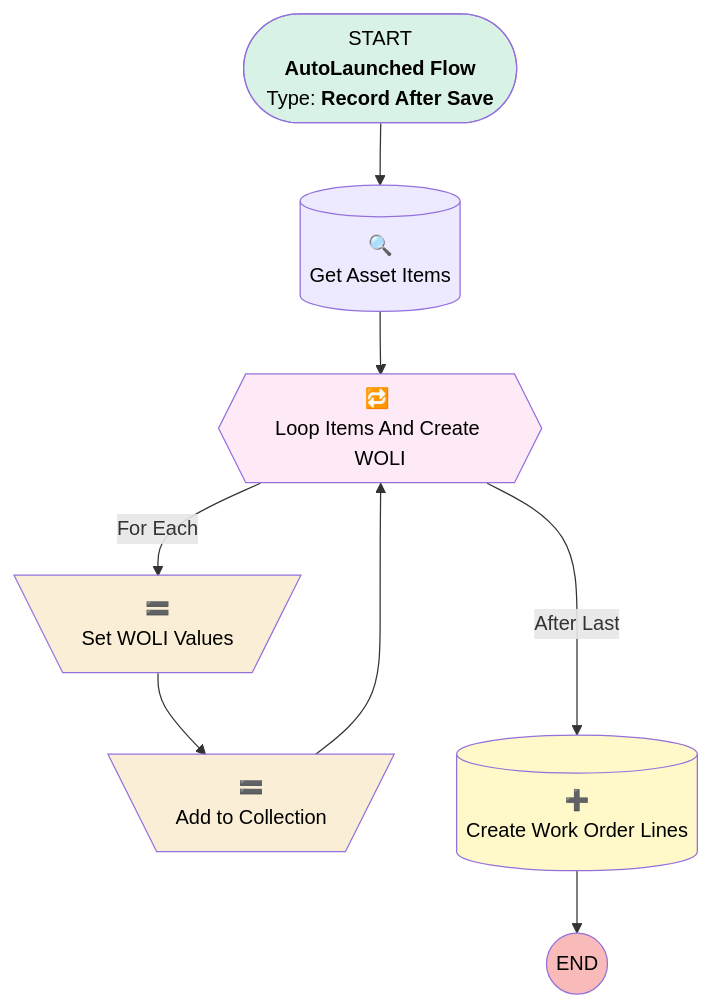
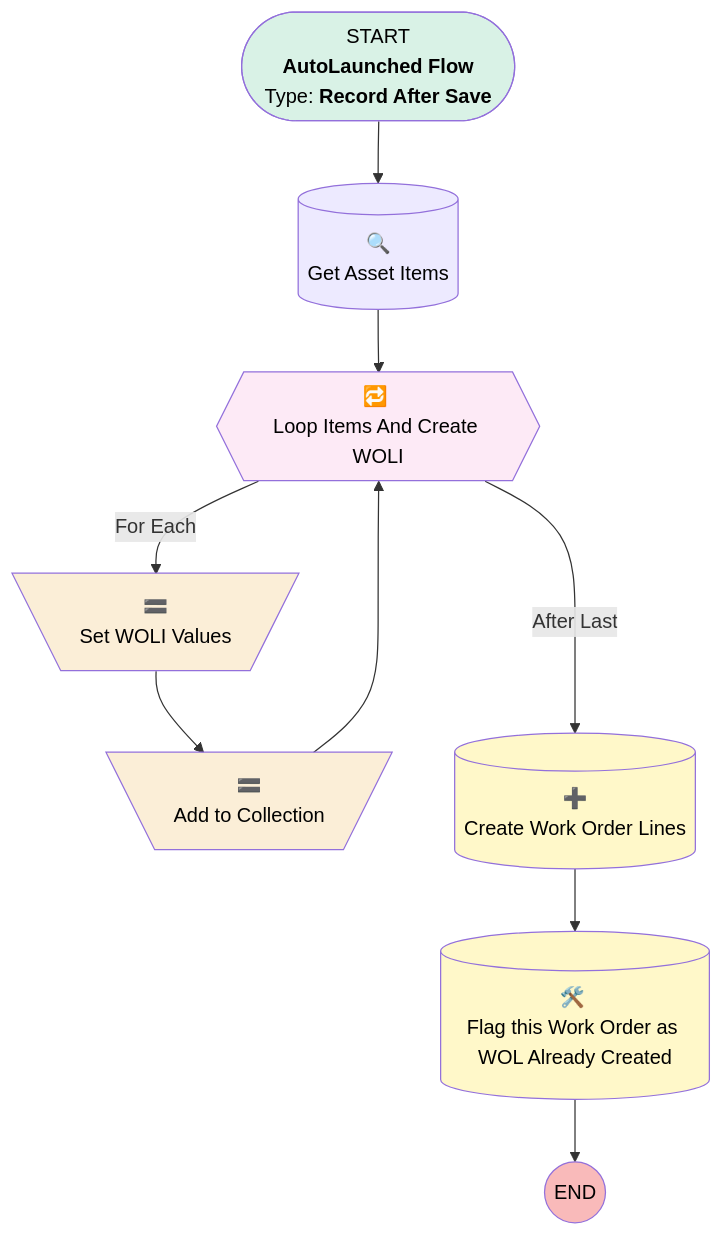
Before and after one commit to fpardon-upeo/krinkels-monitoring: the diagram in docs/flows/Work_Order_After_Save_Record_Triggered_Assign_Work_Order_Lines.md, drawn with Mermaid. The commit also changed other lines of this file and 346 other files, not shown here.

````diff
--- a/docs/flows/Work_Order_After_Save_Record_Triggered_Assign_Work_Order_Lines.md
+++ b/docs/flows/Work_Order_After_Save_Record_Triggered_Assign_Work_Order_Lines.md
@@ -5,53 +5,57 @@
 ```mermaid
 %% If you read this, your Markdown visualizer does not handle MermaidJS syntax.
 %% - If you are in VsCode, install extension `Markdown Preview Mermaid Support` at https://marketplace.visualstudio.com/items?itemName=bierner.markdown-mermaid
 %% - If you are using sfdx-hardis, try to define env variable `MERMAID_MODES=cli,docker` ,then run again the command to regenerate markdown with SVG images.
 %% - If you are within mkdocs-material, define mermaid plugin in `mkdocs.yml` as described in https://squidfunk.github.io/mkdocs-material/extensions/mermaid/
 %% - At last resort, you can copy-paste this MermaidJS code in https://mermaid.live/ to see the Flow Diagram
 
 flowchart TB
 START(["START<br/><b>AutoLaunched Flow</b></br>Type: <b> Record After Save</b>"]):::startClass
 click START "#general-information" "3859038422"
 
 Add_to_Collection[\"🟰 <em></em><br/>Add to Collection"/]:::assignments
 click Add_to_Collection "#add_to_collection" "716695069"
 
 Set_WOLI_Values[\"🟰 <em></em><br/>Set WOLI Values"/]:::assignments
 click Set_WOLI_Values "#set_woli_values" "884950959"
 
 Loop_Items_And_Create_WOLI{{"🔁 <em></em><br/>Loop Items And Create WOLI"}}:::loops
 click Loop_Items_And_Create_WOLI "#loop_items_and_create_woli" "1125607767"
 
 Create_Work_Order_Lines[("➕ <em></em><br/>Create Work Order Lines")]:::recordCreates
-click Create_Work_Order_Lines "#create_work_order_lines" "3435590418"
+click Create_Work_Order_Lines "#create_work_order_lines" "153767599"
 
 Get_Asset_Items[("🔍 <em></em><br/>Get Asset Items")]:::recordLookups
 click Get_Asset_Items "#get_asset_items" "2108291657"
+
+Flag_this_Work_Order_as_WOL_Already_Created[("🛠️ <em></em><br/>Flag this Work Order as WOL Already Created")]:::recordUpdates
+click Flag_this_Work_Order_as_WOL_Already_Created "#flag_this_work_order_as_wol_already_created" "79649730"
 
 Add_to_Collection --> Loop_Items_And_Create_WOLI
 Set_WOLI_Values --> Add_to_Collection
 Loop_Items_And_Create_WOLI --> |"For Each"|Set_WOLI_Values
 Loop_Items_And_Create_WOLI ---> |"After Last"|Create_Work_Order_Lines
-Create_Work_Order_Lines --> END_Create_Work_Order_Lines
+Create_Work_Order_Lines --> Flag_this_Work_Order_as_WOL_Already_Created
 Get_Asset_Items --> Loop_Items_And_Create_WOLI
+Flag_this_Work_Order_as_WOL_Already_Created --> END_Flag_this_Work_Order_as_WOL_Already_Created
 START -->  Get_Asset_Items
-END_Create_Work_Order_Lines(( END )):::endClass
+END_Flag_this_Work_Order_as_WOL_Already_Created(( END )):::endClass
 
 
-classDef actionCalls fill:#D4E4FC,color:black,max-height:100px
-classDef assignments fill:#FBEED7,color:black,max-height:100px
-classDef collectionProcessors fill:#F0E3FA,color:black,max-height:100px
-classDef customErrors fill:#FFE9E9,color:black,max-height:100px
-classDef decisions fill:#FDEAF6,color:black,max-height:100px
-classDef loops fill:#FDEAF6,color:black,max-height:100px
-classDef recordCreates fill:#FFF8C9,color:black,max-height:100px
-classDef recordDeletes fill:#FFF8C9,color:black,max-height:100px
-classDef recordLookups fill:#EDEAFF,color:black,max-height:100px
-classDef recordUpdates fill:#FFF8C9,color:black,max-height:100px
-classDef screens fill:#DFF6FF,color:black,max-height:100px
-classDef subflows fill:#D4E4FC,color:black,max-height:100px
-classDef startClass fill:#D9F2E6,color:black,max-height:100px
-classDef endClass fill:#F9BABA,color:black,max-height:100px
+classDef actionCalls fill:#D4E4FC,color:black,text-decoration:none,max-height:100px
+classDef assignments fill:#FBEED7,color:black,text-decoration:none,max-height:100px
+classDef collectionProcessors fill:#F0E3FA,color:black,text-decoration:none,max-height:100px
+classDef customErrors fill:#FFE9E9,color:black,text-decoration:none,max-height:100px
+classDef decisions fill:#FDEAF6,color:black,text-decoration:none,max-height:100px
+classDef loops fill:#FDEAF6,color:black,text-decoration:none,max-height:100px
+classDef recordCreates fill:#FFF8C9,color:black,text-decoration:none,max-height:100px
+classDef recordDeletes fill:#FFF8C9,color:black,text-decoration:none,max-height:100px
+classDef recordLookups fill:#EDEAFF,color:black,text-decoration:none,max-height:100px
+classDef recordUpdates fill:#FFF8C9,color:black,text-decoration:none,max-height:100px
+classDef screens fill:#DFF6FF,color:black,text-decoration:none,max-height:100px
+classDef subflows fill:#D4E4FC,color:black,text-decoration:none,max-height:100px
+classDef startClass fill:#D9F2E6,color:black,text-decoration:none,max-height:100px
+classDef endClass fill:#F9BABA,color:black,text-decoration:none,max-height:100px
 
 
 ```
````
